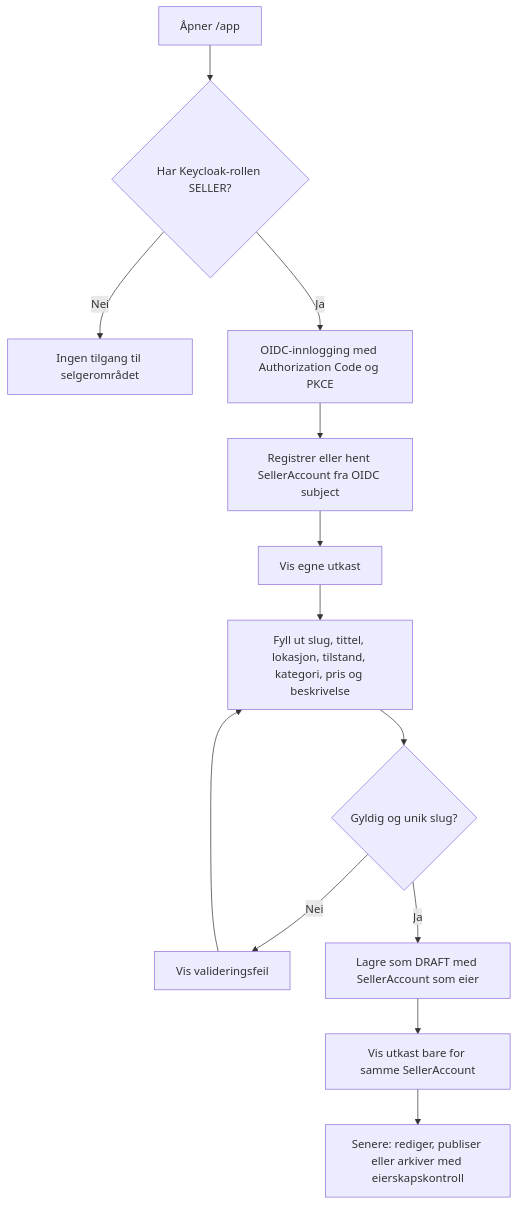
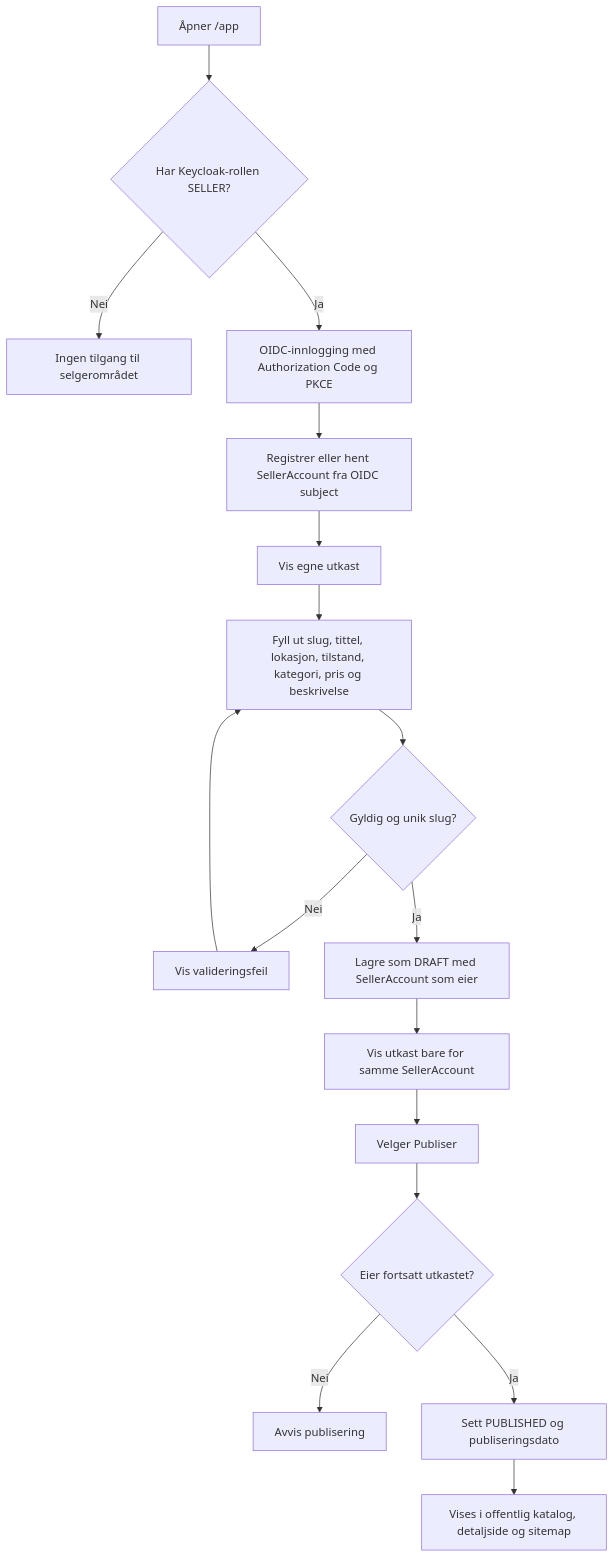
The diagram in docs/userflows/diagrams/06-seller-create-owned-draft.mmd (vardaasen/prosjekt), drawn with Mermaid before and after one commit. The commit also changed 10 other files, not shown here.

```diff
--- a/docs/userflows/diagrams/06-seller-create-owned-draft.mmd
+++ b/docs/userflows/diagrams/06-seller-create-owned-draft.mmd
@@ -1,13 +1,17 @@
 flowchart TD
     A[Åpner /app] --> B{Har Keycloak-rollen SELLER?}
     B -- Nei --> C[Ingen tilgang til selgerområdet]
     B -- Ja --> D[OIDC-innlogging med Authorization Code og PKCE]
     D --> E[Registrer eller hent SellerAccount fra OIDC subject]
     E --> F[Vis egne utkast]
     F --> G[Fyll ut slug, tittel, lokasjon, tilstand, kategori, pris og beskrivelse]
     G --> H{Gyldig og unik slug?}
     H -- Nei --> I[Vis valideringsfeil]
     I --> G
     H -- Ja --> J[Lagre som DRAFT med SellerAccount som eier]
     J --> K[Vis utkast bare for samme SellerAccount]
-    K --> L[Senere: rediger, publiser eller arkiver med eierskapskontroll]
+    K --> L[Velger Publiser]
+    L --> M{Eier fortsatt utkastet?}
+    M -- Nei --> N[Avvis publisering]
+    M -- Ja --> O[Sett PUBLISHED og publiseringsdato]
+    O --> P[Vises i offentlig katalog, detaljside og sitemap]
```
